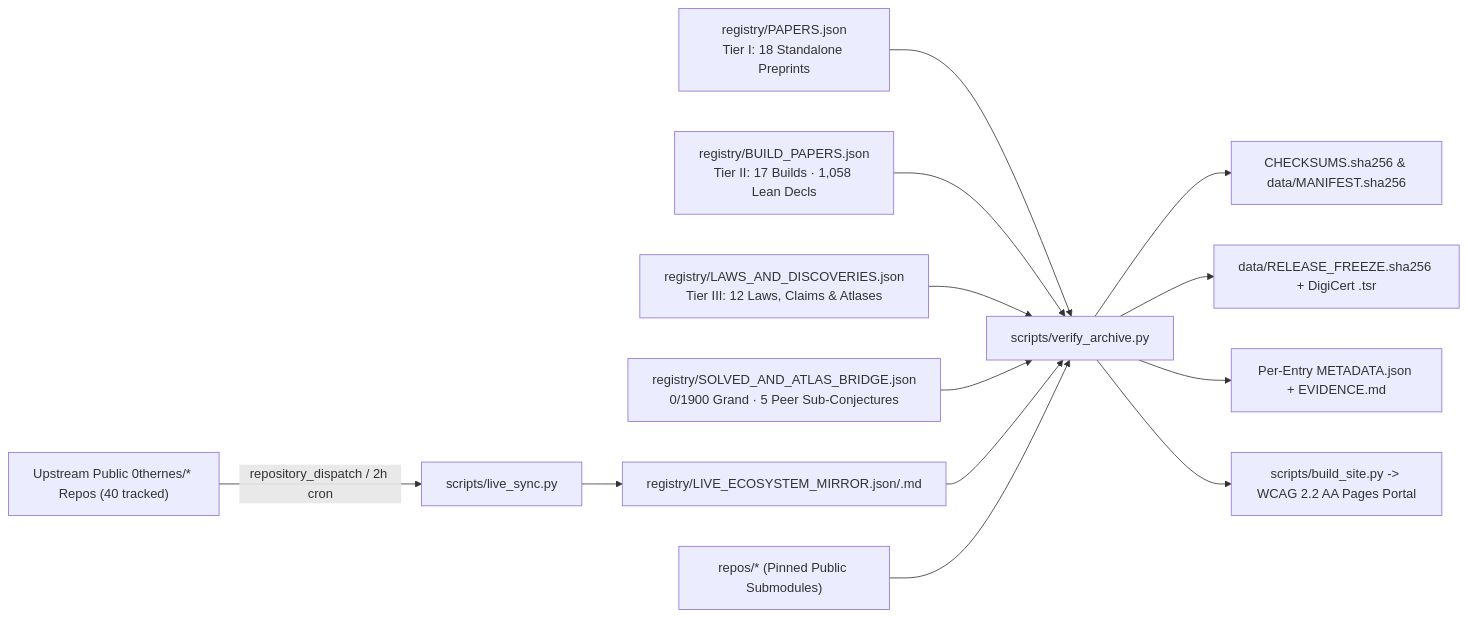
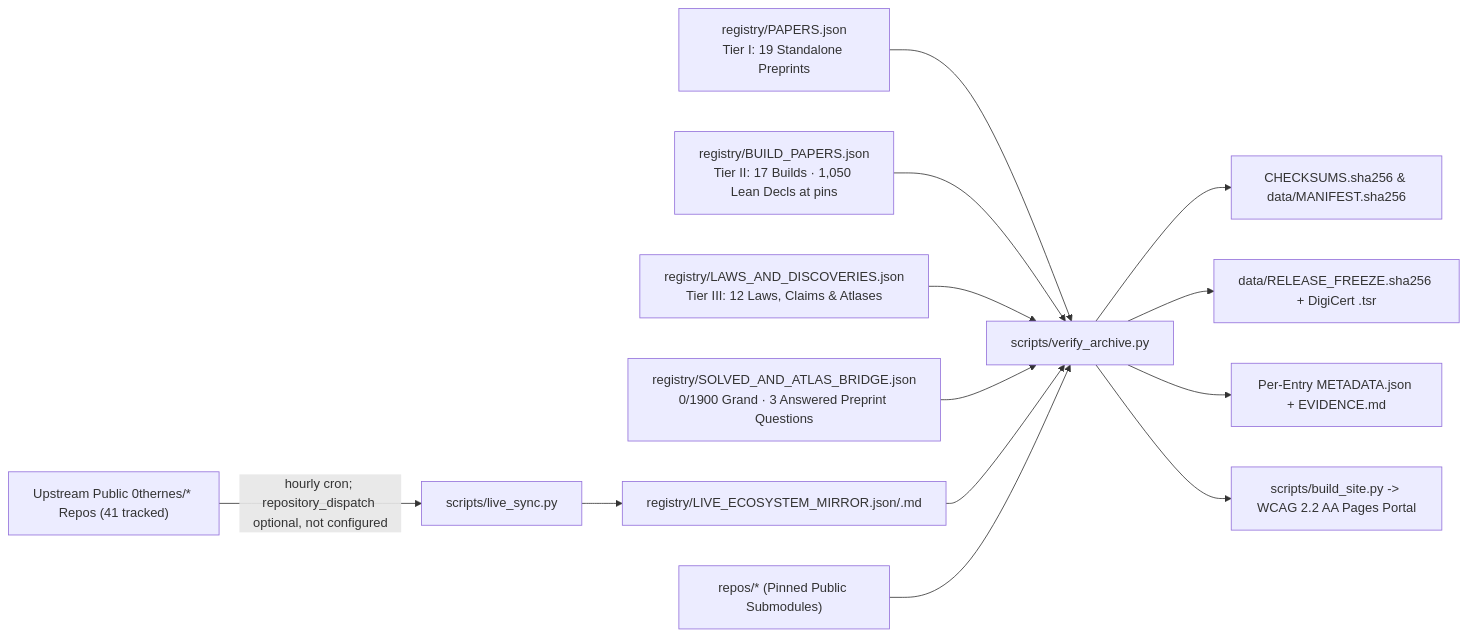
Before and after one commit to 0thernes/0thernes-research-archive: the diagram in docs/architecture.md, drawn with Mermaid. The commit also changed other lines of this file and 72 other files, not shown here.

````diff
--- a/docs/architecture.md
+++ b/docs/architecture.md
@@ -5,15 +5,15 @@
 ```mermaid
 flowchart LR
-    UP["Upstream Public 0thernes/* Repos (40 tracked)"] -->|repository_dispatch / 2h cron| LS["scripts/live_sync.py"]
-    R1["registry/PAPERS.json<br/>Tier I: 18 Standalone Preprints"] --> V["scripts/verify_archive.py"]
-    R2["registry/BUILD_PAPERS.json<br/>Tier II: 17 Builds · 1,058 Lean Decls"] --> V
+    UP["Upstream Public 0thernes/* Repos (41 tracked)"] -->|hourly cron; repository_dispatch optional, not configured| LS["scripts/live_sync.py"]
+    R1["registry/PAPERS.json<br/>Tier I: 19 Standalone Preprints"] --> V["scripts/verify_archive.py"]
+    R2["registry/BUILD_PAPERS.json<br/>Tier II: 17 Builds · 1,050 Lean Decls at pins"] --> V
     R3["registry/LAWS_AND_DISCOVERIES.json<br/>Tier III: 12 Laws, Claims & Atlases"] --> V
-    BR["registry/SOLVED_AND_ATLAS_BRIDGE.json<br/>0/1900 Grand · 5 Peer Sub-Conjectures"] --> V
+    BR["registry/SOLVED_AND_ATLAS_BRIDGE.json<br/>0/1900 Grand · 3 Answered Preprint Questions"] --> V
     LS --> LM["registry/LIVE_ECOSYSTEM_MIRROR.json/.md"]
     LM --> V
     S["repos/* (Pinned Public Submodules)"] --> V
     V --> C["CHECKSUMS.sha256 & data/MANIFEST.sha256"]
     V --> FZ["data/RELEASE_FREEZE.sha256 + DigiCert .tsr"]
     V --> D["Per-Entry METADATA.json + EVIDENCE.md"]
     V --> P["scripts/build_site.py -> WCAG 2.2 AA Pages Portal"]
 ```
````
